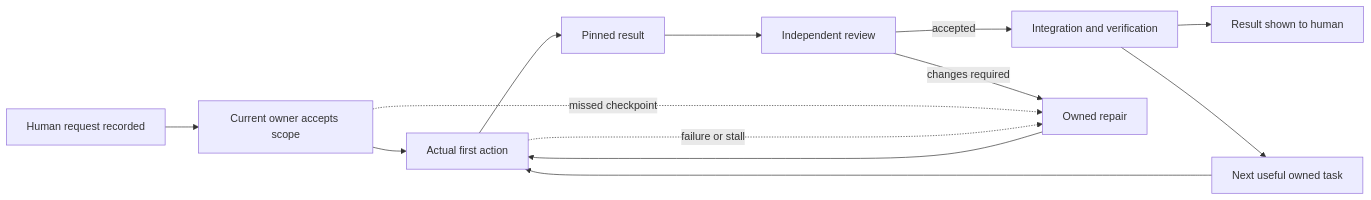
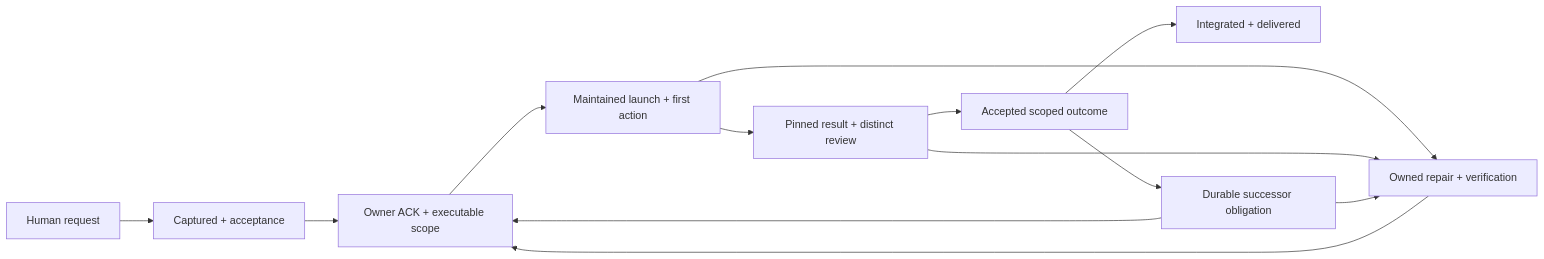
The diagram in coordination/continuation-runtime/COMPREHENSIVE-DESIGN.md (alexeygrigorev/cloudflare-agent-git), drawn with Mermaid before and after one commit. The commit also changed other lines of this file and 10 other files, not shown here.

````diff
--- a/coordination/continuation-runtime/COMPREHENSIVE-DESIGN.md
+++ b/coordination/continuation-runtime/COMPREHENSIVE-DESIGN.md
@@ -85,15 +34,15 @@
 ```mermaid
 flowchart LR
-  A[Human request recorded] --> B[Current owner accepts scope]
-  B --> C[Actual first action]
-  C --> D[Pinned result]
-  D --> E[Independent review]
-  E -->|accepted| F[Integration and verification]
-  E -->|changes required| R[Owned repair]
+  A[Human request] --> B[Captured + acceptance]
+  B --> C[Owner ACK + executable scope]
+  C --> D[Maintained launch + first action]
+  D --> E[Pinned result + distinct review]
+  E --> F[Accepted scoped outcome]
+  F --> G[Integrated + delivered]
+  F --> H[Durable successor obligation]
+  H --> C
+  D --> R[Owned repair + verification]
+  E --> R
+  H --> R
   R --> C
-  F --> G[Result shown to human]
-  F --> H[Next useful owned task]
-  H --> C
-  B -. missed checkpoint .-> R
-  C -. failure or stall .-> R
 ```
````
